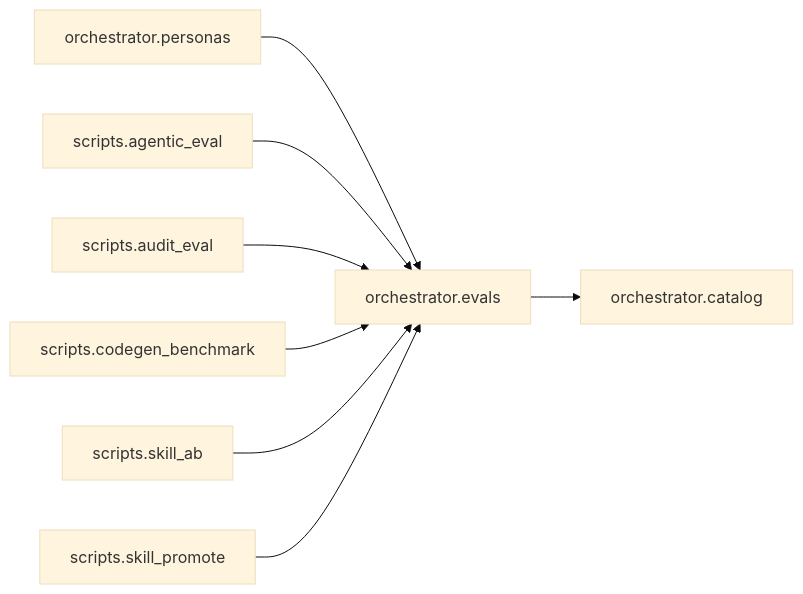
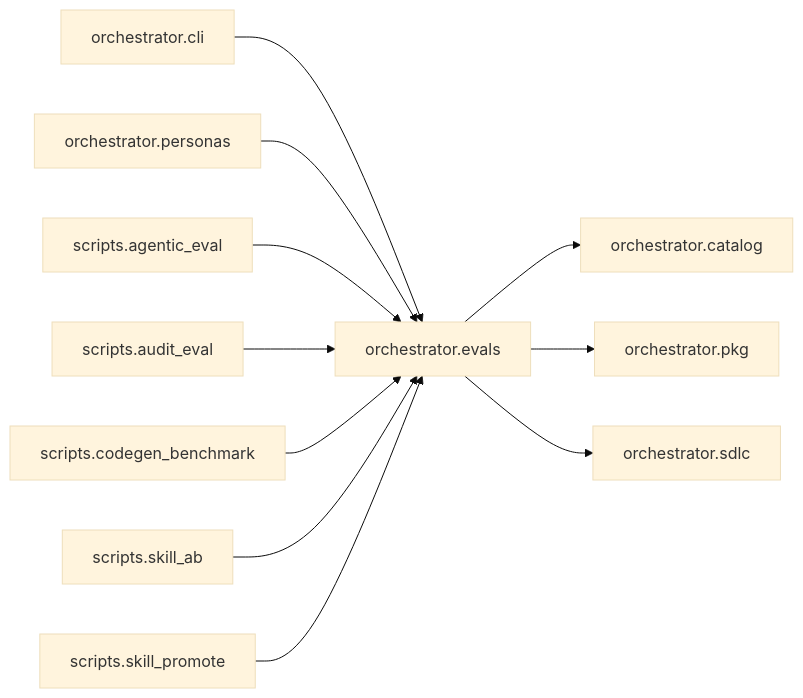
One commit to synaptixs/spine changed the diagram in episteme/areas/orchestrator.evals.md. Above: the diagram before and after it, drawn with Mermaid (base theme). The commit also changed other lines of this file and 24 other files, not shown here.

````diff
--- a/episteme/areas/orchestrator.evals.md
+++ b/episteme/areas/orchestrator.evals.md
@@ -8,18 +8,24 @@
 ```mermaid
 flowchart LR
   n0["orchestrator.evals"]
-  n1["orchestrator.personas"]
-  n2["scripts.agentic_eval"]
-  n3["scripts.audit_eval"]
-  n4["scripts.codegen_benchmark"]
-  n5["scripts.skill_ab"]
-  n6["scripts.skill_promote"]
-  n7["orchestrator.catalog"]
+  n1["orchestrator.cli"]
+  n2["orchestrator.personas"]
+  n3["scripts.agentic_eval"]
+  n4["scripts.audit_eval"]
+  n5["scripts.codegen_benchmark"]
+  n6["scripts.skill_ab"]
+  n7["scripts.skill_promote"]
+  n8["orchestrator.catalog"]
+  n9["orchestrator.pkg"]
+  n10["orchestrator.sdlc"]
   n1 --> n0
   n2 --> n0
   n3 --> n0
   n4 --> n0
   n5 --> n0
   n6 --> n0
-  n0 --> n7
+  n7 --> n0
+  n0 --> n8
+  n0 --> n9
+  n0 --> n10
 ```
````
